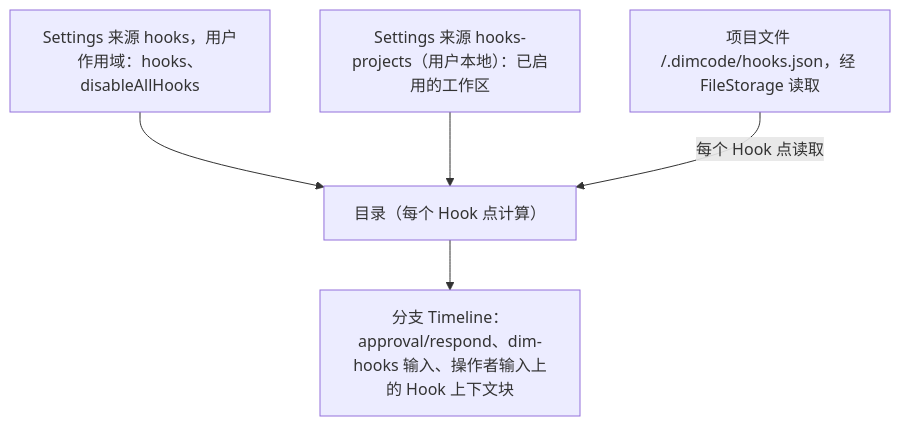
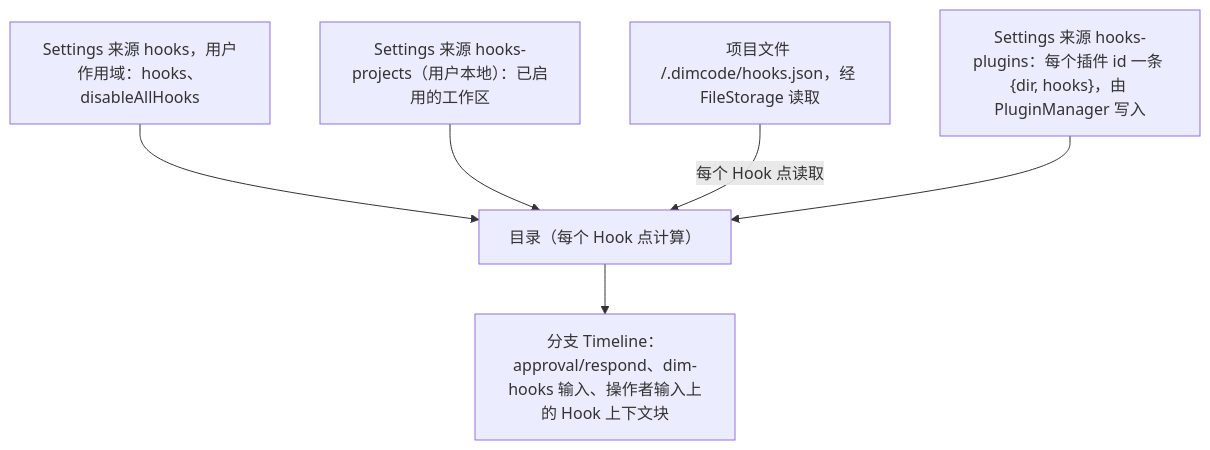
One commit to CoutinhoTTS/dim-agent changed the second of 6 diagrams in docs/zh/design/plugins/Hooks.md. Above: the diagram before and after it, drawn with Mermaid. The commit also changed other lines of this file and 1 other file, not shown here.

First line of the commit message:
docs(hooks): make the design Ready and settle its open points

````diff
--- a/docs/zh/design/plugins/Hooks.md
+++ b/docs/zh/design/plugins/Hooks.md
@@ -91,12 +93,14 @@
 ```mermaid
 flowchart TB
   User["Settings 来源 hooks，用户作用域：hooks、disableAllHooks"]
   Proj["项目文件 <workspace>/.dimcode/hooks.json，经 FileStorage 读取"]
   Enable["Settings 来源 hooks-projects（用户本地）：已启用的工作区"]
+  Plug["Settings 来源 hooks-plugins：每个插件 id 一条 {dir, hooks}，由 PluginManager 写入"]
   Cat["目录（每个 Hook 点计算）"]
   TL["分支 Timeline：approval/respond、dim-hooks 输入、操作者输入上的 Hook 上下文块"]
   User --> Cat
   Enable --> Cat
   Proj -->|"每个 Hook 点读取"| Cat
+  Plug --> Cat
   Cat --> TL
 ```
````
